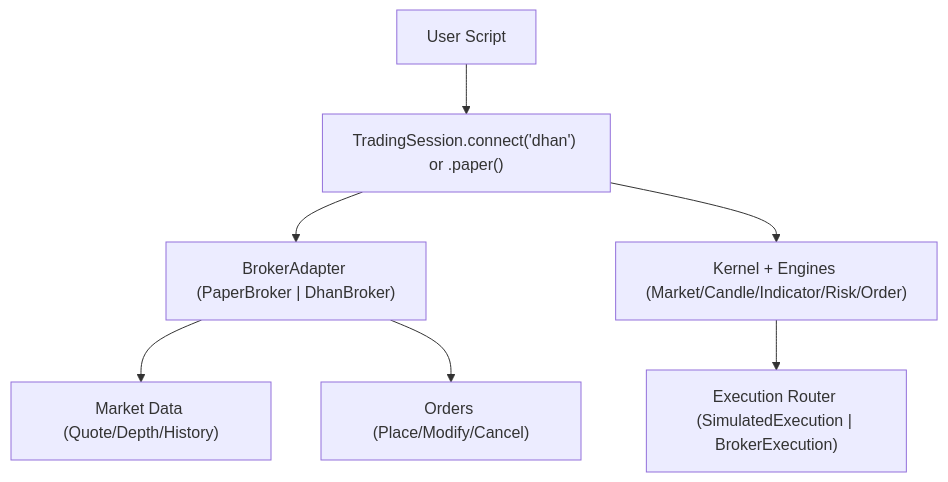
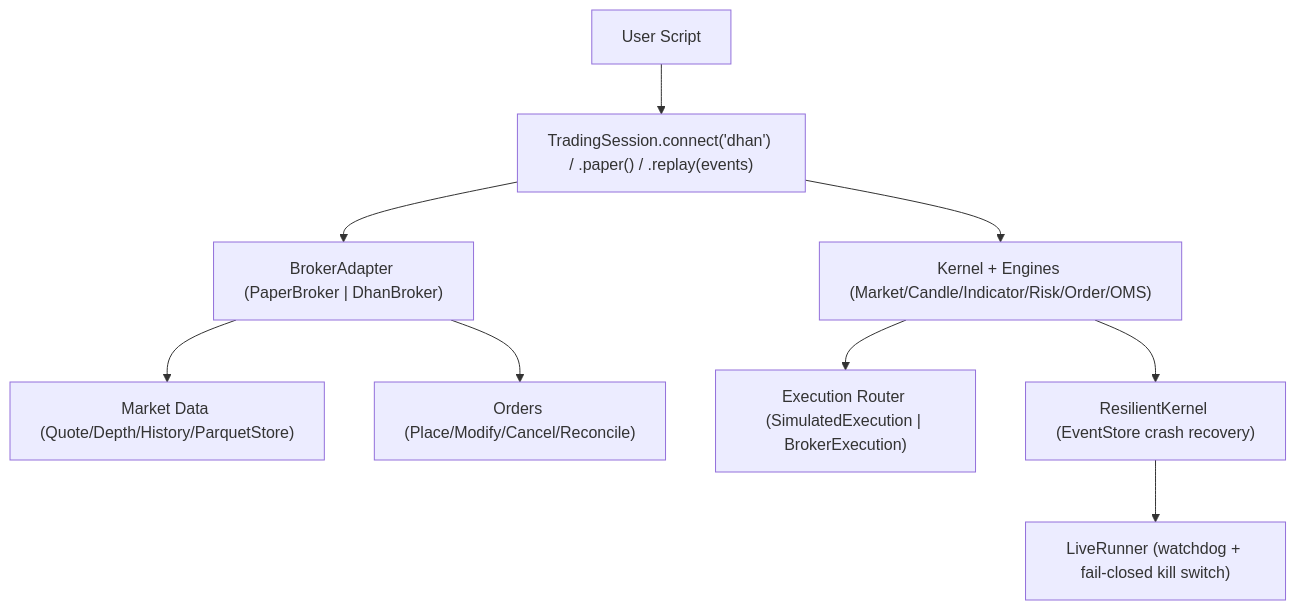
The first of 3 diagrams in .qoder/repowiki/en/content/Getting Started/Getting Started.md (Ganesh-Kusundal/nTrade), drawn with Mermaid before and after one commit. The commit also changed other lines of this file and 2201 other files, not shown here.

Commit message:
Integrate completeness: live runner hardening, broker adapter layers, rate-limiting infrastructure, data pipeline (parquet OHLCV + ingestion scripts), contract testing framework, options analytics, and updated architecture/knowledge docs

````diff
--- a/.qoder/repowiki/en/content/Getting Started/Getting Started.md
+++ b/.qoder/repowiki/en/content/Getting Started/Getting Started.md
@@ -51,9 +51,11 @@
 ```mermaid
 graph TB
-A["User Script"] --> B["TradingSession.connect('dhan') or .paper()"]
+A["User Script"] --> B["TradingSession.connect('dhan') / .paper() / .replay(events)"]
 B --> C["BrokerAdapter (PaperBroker | DhanBroker)"]
-C --> D["Market Data (Quote/Depth/History)"]
-C --> E["Orders (Place/Modify/Cancel)"]
-B --> F["Kernel + Engines (Market/Candle/Indicator/Risk/Order)"]
+C --> D["Market Data (Quote/Depth/History/ParquetStore)"]
+C --> E["Orders (Place/Modify/Cancel/Reconcile)"]
+B --> F["Kernel + Engines (Market/Candle/Indicator/Risk/Order/OMS)"]
 F --> G["Execution Router (SimulatedExecution | BrokerExecution)"]
+F --> H["ResilientKernel (EventStore crash recovery)"]
+H --> I["LiveRunner (watchdog + fail-closed kill switch)"]
 ```
````
